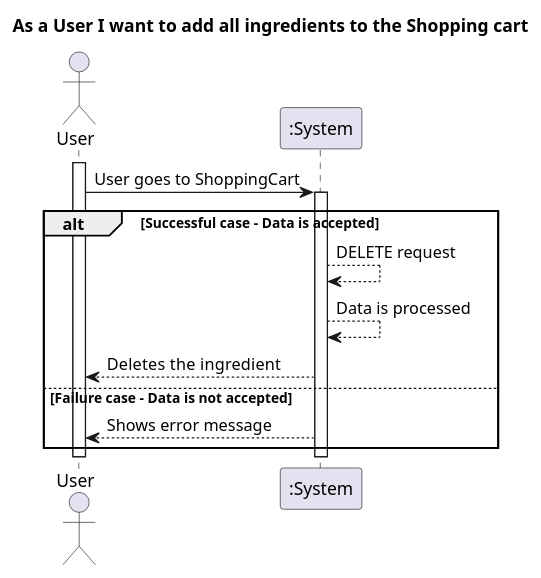
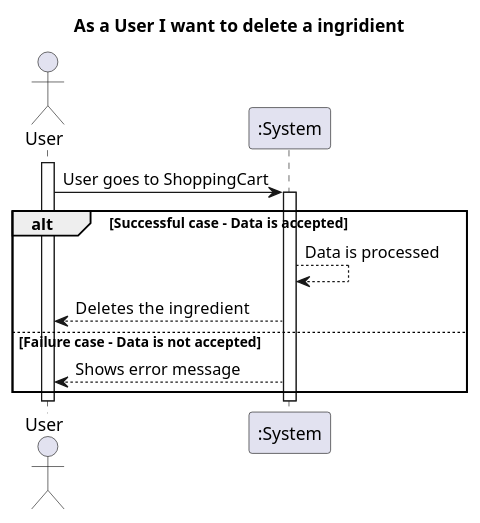
One commit to IsepMartimOliveira/DSSMV_ProjectDroid_1181754 changed the diagram in Documents/US/US07/SSD.puml. Above: the diagram before and after it, drawn with PlantUML. The commit also changed 23 other files, not shown here.

```diff
--- a/Documents/US/US07/SSD.puml
+++ b/Documents/US/US07/SSD.puml
@@ -1,19 +1,19 @@
 @startuml
 actor User as MD
-title As a User I want to add all ingredients to the Shopping cart
+title As a User I want to delete a ingridient
 activate MD
 
 MD -> ":System" : User goes to ShoppingCart
 activate ":System"
 
 alt Successful case - Data is accepted
-    ":System" --> ":System" : DELETE request
+
     ":System" --> ":System" : Data is processed
     ":System" --> MD : Deletes the  ingredient
 else Failure case - Data is not accepted
     ":System" --> MD : Shows error message
 end
 
 deactivate ":System"
 deactivate MD
 @enduml
```
